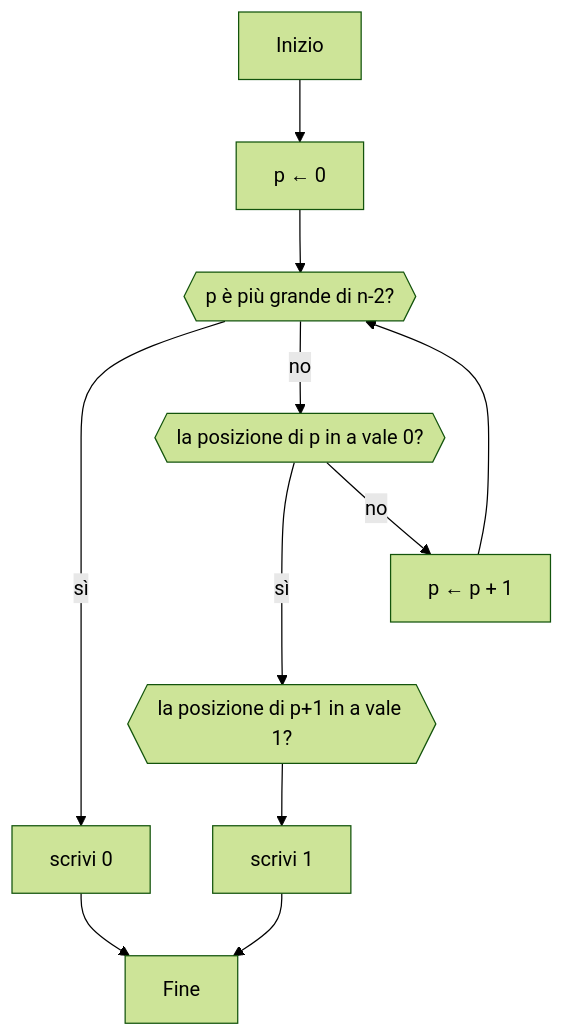
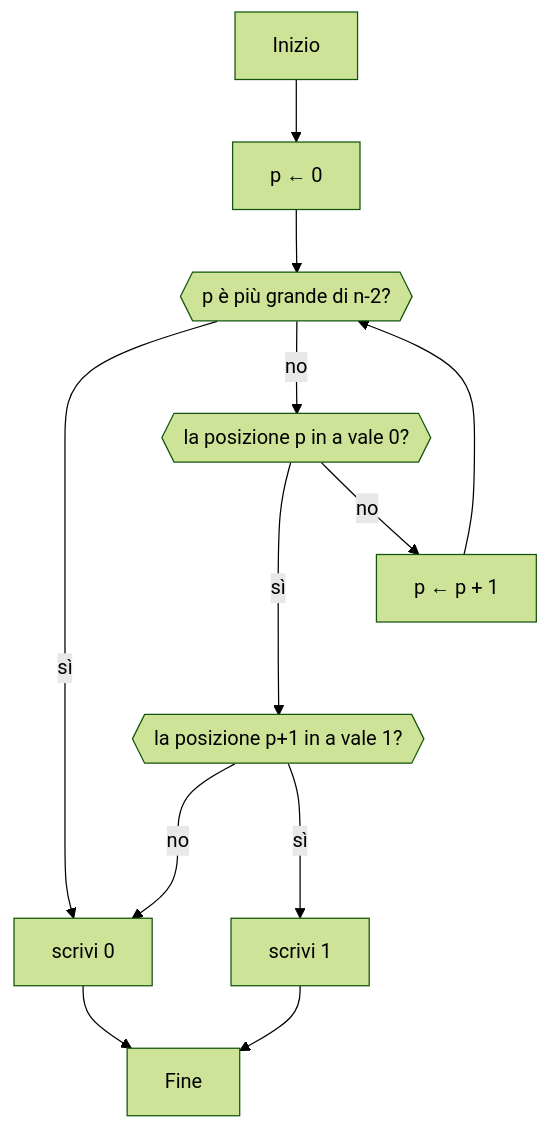
One commit to olimpiadi-informatica/scolastiche changed the diagram in src/fibonacci-primarie/2022/contest/p-3-ciclo-lista/question.md. Above: the diagram before and after it, drawn with Mermaid (forest theme).

Commit message:
fixing flowchart in fibonacci2022-p3

````diff
--- a/src/fibonacci-primarie/2022/contest/p-3-ciclo-lista/question.md
+++ b/src/fibonacci-primarie/2022/contest/p-3-ciclo-lista/question.md
@@ -5,13 +5,14 @@
 ```mermaid alt=Diagramma%20di%20flusso
 flowchart TD
     Inizio --> B[p ← 0]
     B --> C{{p è più grande di n-2?}}
     C -->|sì| H[scrivi 0]
-    C -->|no| D{{la posizione di p in a vale 0?}}
-    D --->|sì| E{{la posizione di p+1 in a vale 1?}}
+    C -->|no| D{{la posizione p in a vale 0?}}
+    D --->|sì| E{{la posizione p+1 in a vale 1?}}
     D -->|no| F[p ← p + 1]
     F --> C
-    E --> G[scrivi 1]
+    E --->|no| H
+    E --->|sì| G[scrivi 1]
     G --> Fine
     H --> Fine
 ```
````
